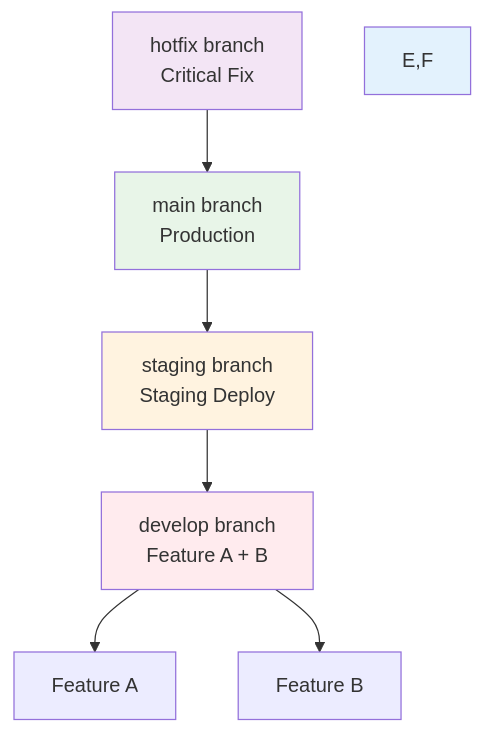
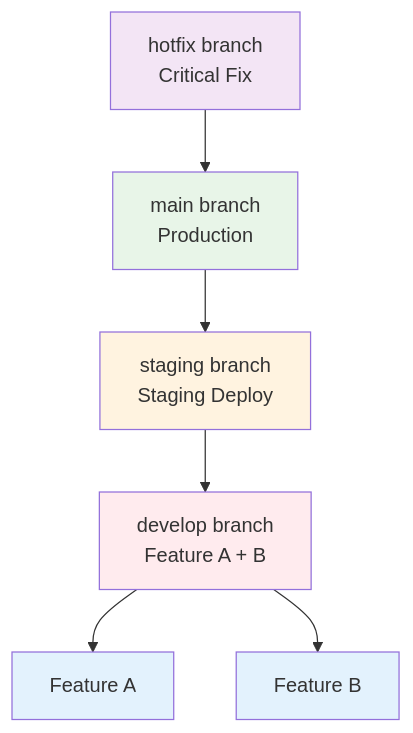
One commit to niceguy61/kdt_devops_lecture_2025 changed the ninth of 11 diagrams in theory/week_04/day4/session_1.md. Above: the diagram before and after it, drawn with Mermaid. The commit also changed other lines of this file and 2 other files, not shown here.

Commit message:
mermaid style change

````diff
--- a/theory/week_04/day4/session_1.md
+++ b/theory/week_04/day4/session_1.md
@@ -306,16 +312,17 @@
 ```mermaid
 graph TB
     A[main branch<br/>Production] --> B[staging branch<br/>Staging Deploy]
     B --> C[develop branch<br/>Feature A + B]
     
     D[hotfix branch<br/>Critical Fix] --> A
     
     C --> E[Feature A]
     C --> F[Feature B]
     
     style A fill:#e8f5e8
     style B fill:#fff3e0
     style C fill:#ffebee
     style D fill:#f3e5f5
-    style E,F fill:#e3f2fd
+    style E fill:#e3f2fd
+    style F fill:#e3f2fd
 ```
````
